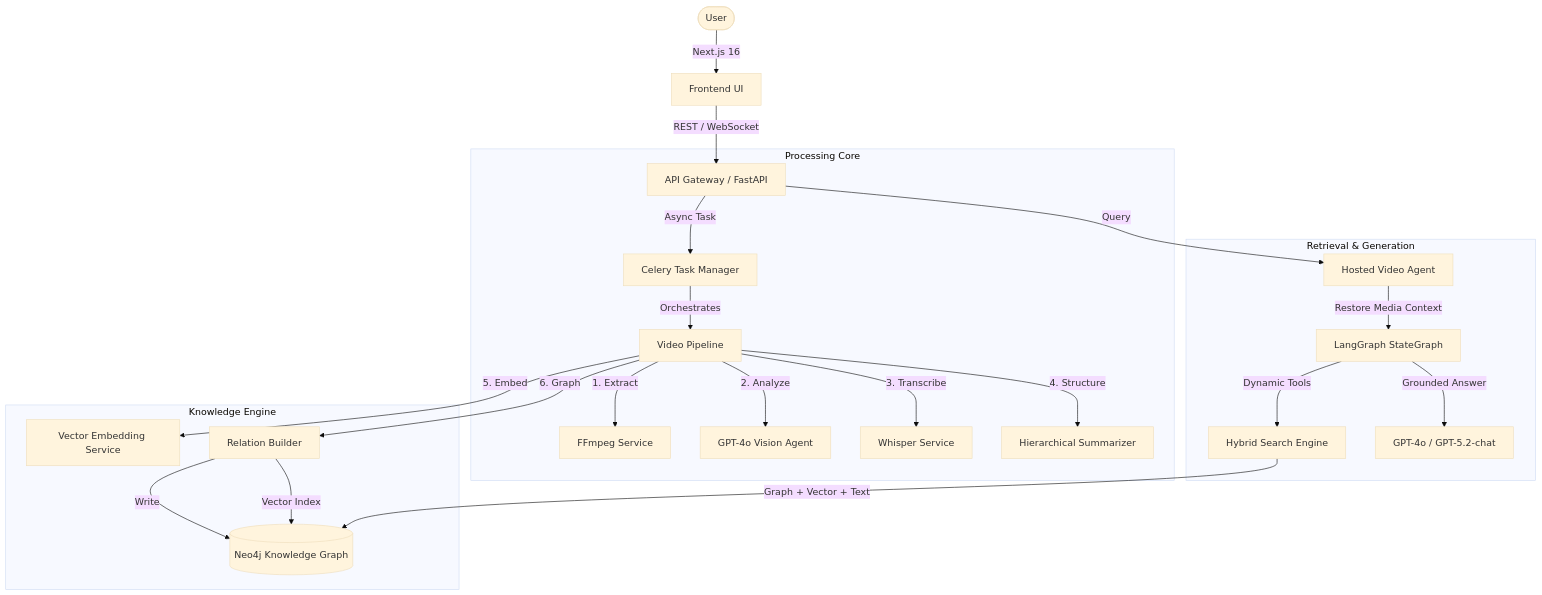
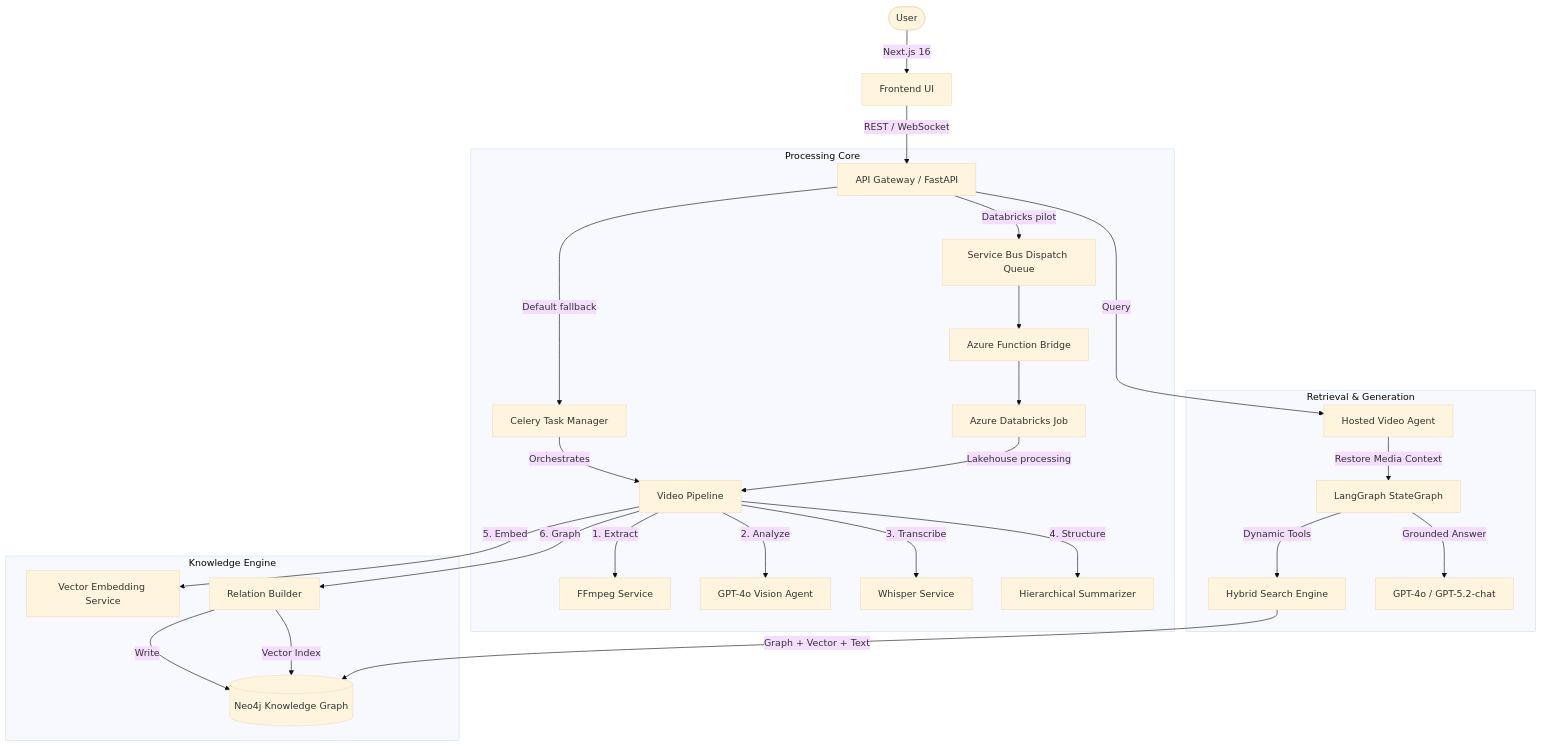
One commit to alexandergg/QPrisma changed the diagram in docs/ARCHITECTURE.md. Above: the diagram before and after it, drawn with Mermaid (base theme). The commit also changed other lines of this file and 38 other files, not shown here.

First line of the commit message:
Add Databricks video processing pilot

````diff
--- a/docs/ARCHITECTURE.md
+++ b/docs/ARCHITECTURE.md
@@ -11,29 +11,33 @@
 ```mermaid
 graph TD
     User([User]) -->|Next.js 16| Frontend[Frontend UI]
     Frontend -->|REST / WebSocket| Gateway[API Gateway / FastAPI]
 
     subgraph "Processing Core"
-        Gateway -->|Async Task| TaskMgr[Celery Task Manager]
+        Gateway -->|Default fallback| TaskMgr[Celery Task Manager]
+        Gateway -->|Databricks pilot| SB[Service Bus Dispatch Queue]
+        SB --> Bridge[Azure Function Bridge]
+        Bridge --> DBX[Azure Databricks Job]
         TaskMgr -->|Orchestrates| Pipeline[Video Pipeline]
+        DBX -->|Lakehouse processing| Pipeline
         Pipeline -->|1. Extract| FFmpeg[FFmpeg Service]
         Pipeline -->|2. Analyze| Vision[GPT-4o Vision Agent]
         Pipeline -->|3. Transcribe| Whisper[Whisper Service]
         Pipeline -->|4. Structure| Summarizer[Hierarchical Summarizer]
     end
 
     subgraph "Knowledge Engine"
         Pipeline -->|5. Embed| Embedder[Vector Embedding Service]
         Pipeline -->|6. Graph| Builder[Relation Builder]
         Builder -->|Write| Neo4j[(Neo4j Knowledge Graph)]
         Builder -->|Vector Index| Neo4j
     end
 
     subgraph "Retrieval & Generation"
         Gateway -->|Query| Agent[Hosted Video Agent]
         Agent -->|Restore Media Context| StateGraph[LangGraph StateGraph]
         StateGraph -->|Dynamic Tools| Hybrid[Hybrid Search Engine]
         Hybrid -->|Graph + Vector + Text| Neo4j
         StateGraph -->|Grounded Answer| LLM[GPT-4o / GPT-5.2-chat]
     end
 ```
````
